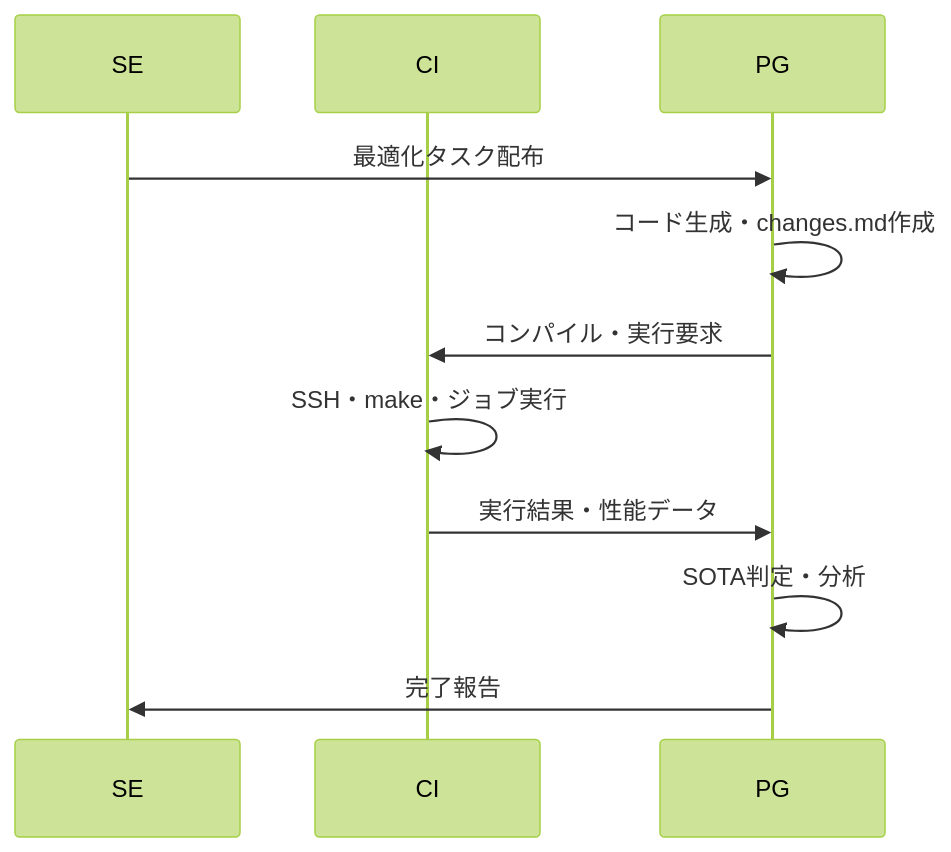
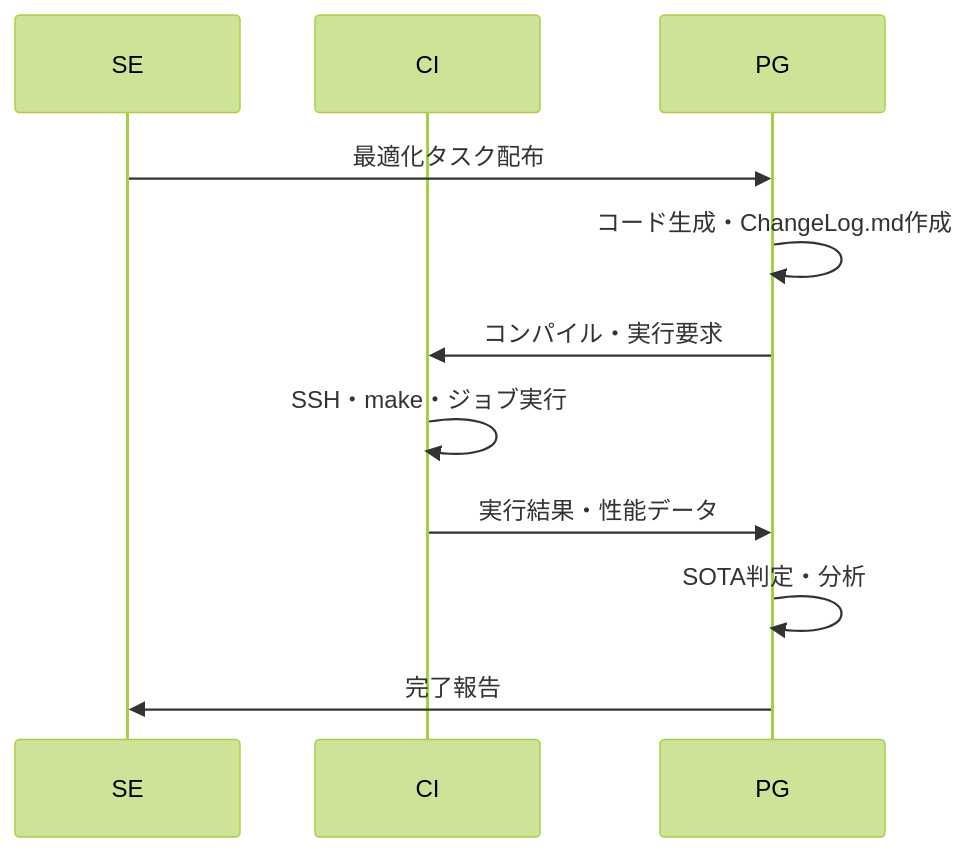
The third of 3 diagrams in README.md (erkinalp/VibeCodeHPC-tr), drawn with Mermaid (forest theme) before and after one commit. The commit also changed other lines of this file and 18 other files, not shown here.

````diff
--- a/README.md
+++ b/README.md
@@ -93,14 +94,14 @@
 ```mermaid
 sequenceDiagram
     participant SE as SE
     participant CI as CI
     participant PG as PG
     
     SE->>PG: 最適化タスク配布
-    PG->>PG: コード生成・changes.md作成
+    PG->>PG: コード生成・ChangeLog.md作成
     PG->>CI: コンパイル・実行要求
     CI->>CI: SSH・make・ジョブ実行
     CI->>PG: 実行結果・性能データ
     PG->>PG: SOTA判定・分析
     PG->>SE: 完了報告
 ```
````
